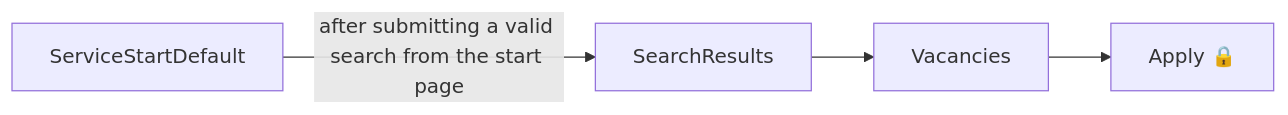
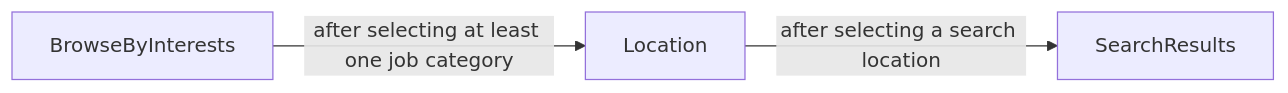
Before and after one commit to talentconsulting/atlas-dfe: the fifth of 6 diagrams in das-findapprenticeship-web/user-journeys/user-journeys.md, drawn with Mermaid. The commit also changed other lines of this file and 36 other files, not shown here.

````diff
--- a/das-findapprenticeship-web/user-journeys/user-journeys.md
+++ b/das-findapprenticeship-web/user-journeys/user-journeys.md
@@ -90,6 +95,5 @@
 ```mermaid
 flowchart LR
-  p0["ServiceStartDefault"] -->|"after submitting a valid search from the start page"| p1["SearchResults"]
-  p1["SearchResults"] --> p2["Vacancies"]
-  p2["Vacancies"] --> p3["Apply 🔒"]
+  p0["BrowseByInterests"] -->|"after selecting at least one job category"| p1["Location"]
+  p1["Location"] -->|"after selecting a search location"| p2["SearchResults"]
 ```
````
